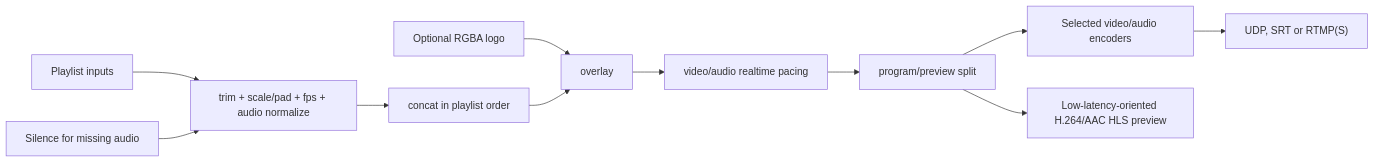
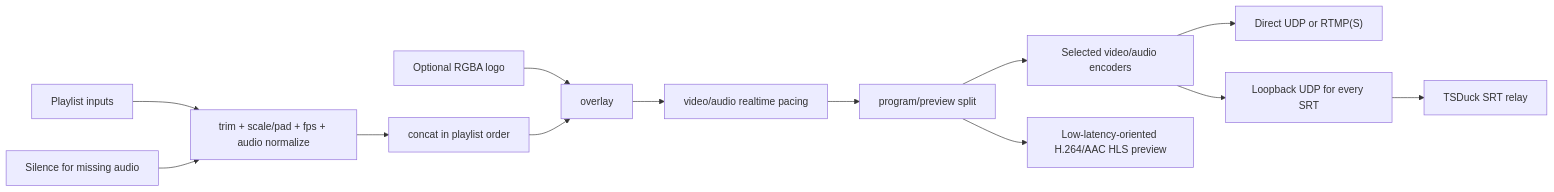
The second of 4 diagrams in docs/architecture.md (MetelevNikita/FluxIO), drawn with Mermaid before and after one commit. The commit also changed other lines of this file and 14 other files, not shown here.

````diff
--- a/docs/architecture.md
+++ b/docs/architecture.md
@@ -76,13 +76,15 @@
 ```mermaid
 flowchart LR
   Inputs["Playlist inputs"] --> Normalize["trim + scale/pad + fps + audio normalize"]
   Silence["Silence for missing audio"] --> Normalize
   Normalize --> Concat["concat in playlist order"]
   Logo["Optional RGBA logo"] --> Overlay["overlay"]
   Concat --> Overlay
   Overlay --> Realtime["video/audio realtime pacing"]
   Realtime --> Split["program/preview split"]
   Split --> Encode["Selected video/audio encoders"]
-  Encode --> Endpoint["UDP, SRT or RTMP(S)"]
+  Encode --> Direct["Direct UDP or RTMP(S)"]
+  Encode --> Loopback["Loopback UDP for every SRT"]
+  Loopback --> SrtRelay["TSDuck SRT relay"]
   Split --> HLS["Low-latency-oriented H.264/AAC HLS preview"]
 ```
````
